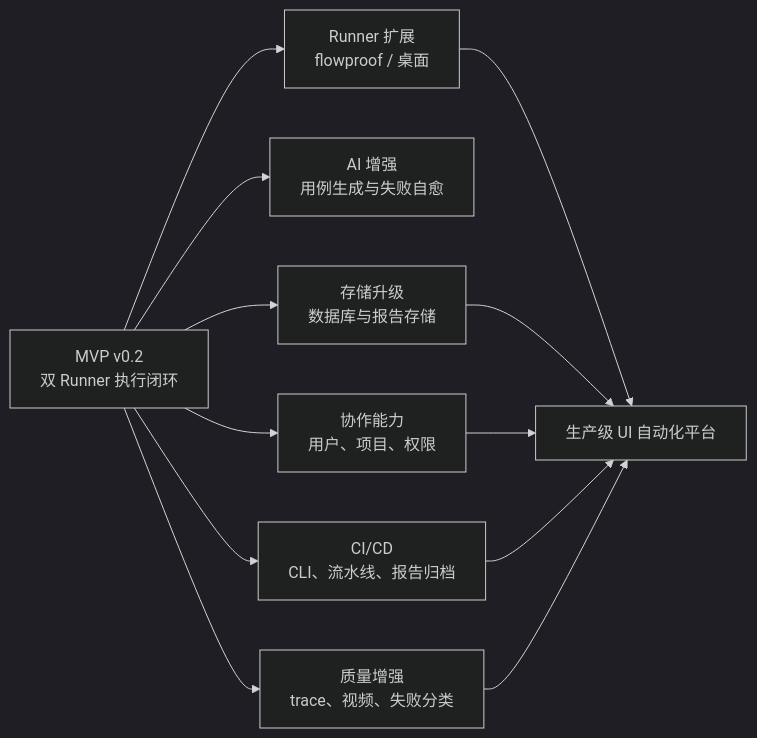
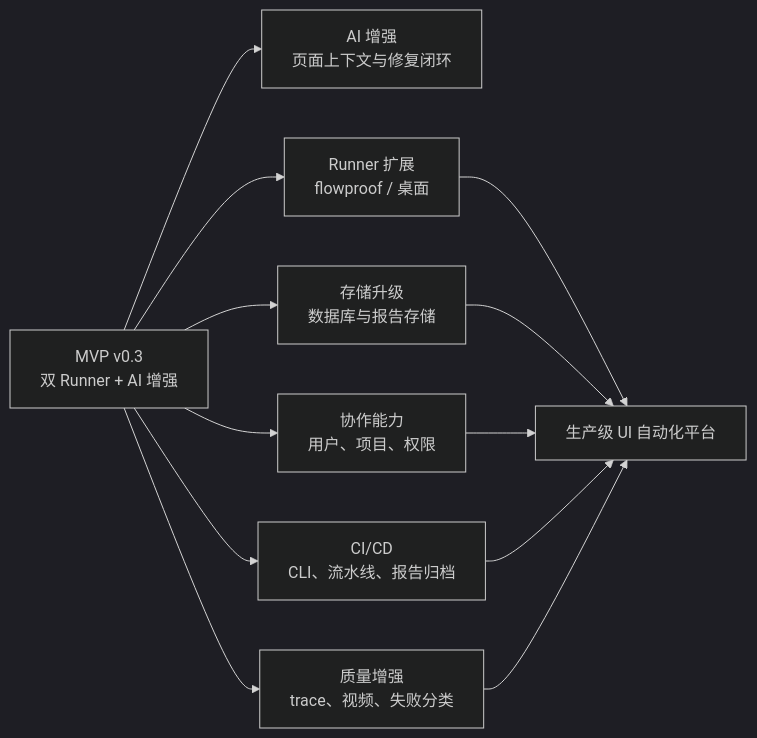
The fourth of 4 diagrams in UI自动化平台MVP功能模块.md (Alin1013/UI_Platform), drawn with Mermaid (dark theme) before and after one commit. The commit also changed other lines of this file and 16 other files, not shown here.

````diff
--- a/UI自动化平台MVP功能模块.md
+++ b/UI自动化平台MVP功能模块.md
@@ -474,14 +532,14 @@
 ```mermaid
 flowchart LR
-    mvp["MVP v0.2<br/>双 Runner 执行闭环"] --> runner["Runner 扩展<br/>flowproof / 桌面"]
-    mvp --> ai["AI 增强<br/>用例生成与失败自愈"]
+    mvp["MVP v0.3<br/>双 Runner + AI 增强"] --> ai["AI 增强<br/>页面上下文与修复闭环"]
+    mvp --> runner["Runner 扩展<br/>flowproof / 桌面"]
     mvp --> storage["存储升级<br/>数据库与报告存储"]
     mvp --> collab["协作能力<br/>用户、项目、权限"]
     mvp --> cicd["CI/CD<br/>CLI、流水线、报告归档"]
     mvp --> quality["质量增强<br/>trace、视频、失败分类"]
     runner --> platform["生产级 UI 自动化平台"]
     storage --> platform
     collab --> platform
     cicd --> platform
     quality --> platform
 ```
````
